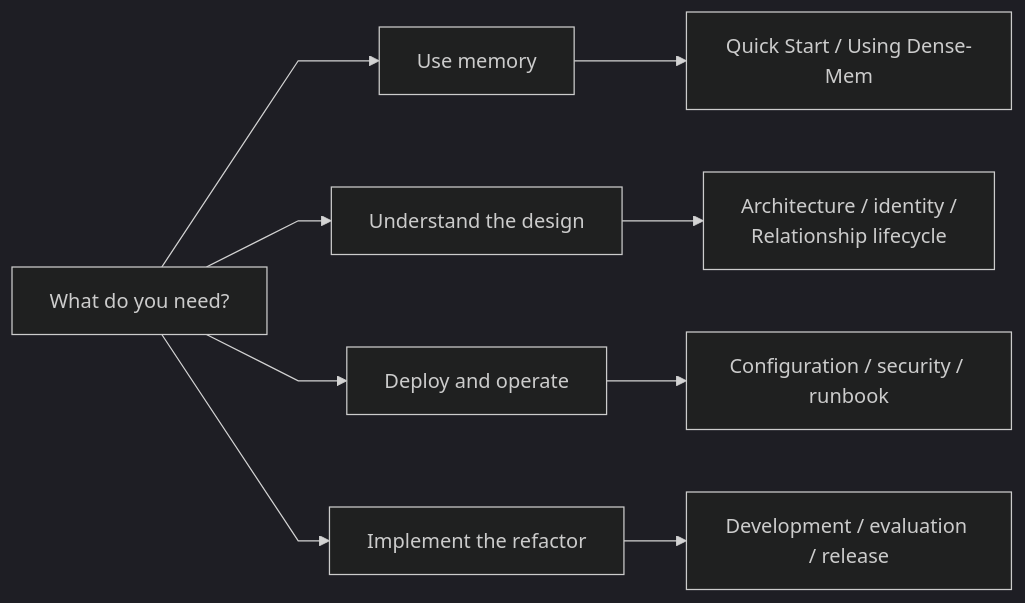
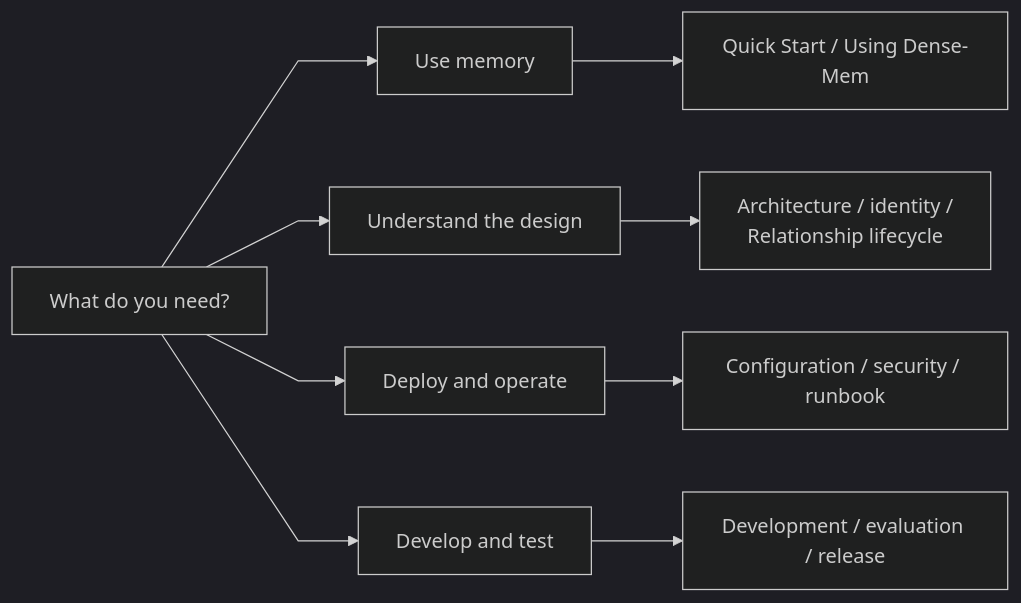
The second of 3 diagrams in Home.md (markhuangai/dense-mem), drawn with Mermaid (dark theme) before and after one commit. The commit also changed other lines of this file and 30 other files, not shown here.

````diff
--- a/Home.md
+++ b/Home.md
@@ -99,12 +86,12 @@
 ```mermaid
 %%{init: {"flowchart": {"curve": "linear"}}}%%
 flowchart LR
   Start["What do you need?"] --> Use["Use memory"]
   Start --> Design["Understand the design"]
   Start --> Run["Deploy and operate"]
-  Start --> Build["Implement the refactor"]
+  Start --> Build["Develop and test"]
   Use --> Workflow["Quick Start / Using Dense-Mem"]
   Design --> Model["Architecture / identity /<br/>Relationship lifecycle"]
   Run --> Ops["Configuration / security / runbook"]
   Build --> Dev["Development / evaluation / release"]
 ```
````
